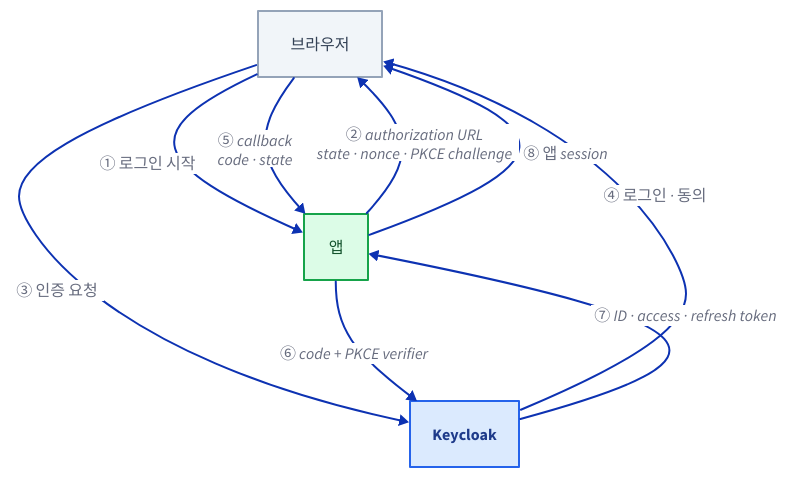
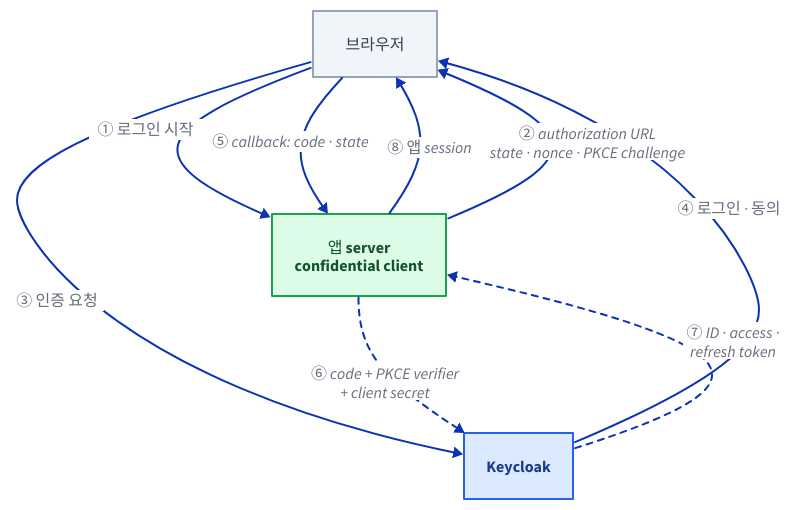
The first of 3 diagrams in src/content/docs/keycloak/oauth-oidc.mdx (mechurak/study-starlight), drawn with D2 before and after one commit. The commit also changed other lines of this file and 1 other file, not shown here.

First line of the commit message:
docs(keycloak): clarify OIDC flow participants and add SPA/BFF paths

````diff
--- a/src/content/docs/keycloak/oauth-oidc.mdx
+++ b/src/content/docs/keycloak/oauth-oidc.mdx
@@ -28,22 +28,26 @@
 ```d2 layout=elk pad=40 title="브라우저가 Keycloak에서 인증하고 앱이 code를 token으로 교환하는 Authorization Code와 PKCE 흐름"
 direction: down
 
 classes: {
   key: { style: { fill: "#dbeafe"; stroke: "#2563eb"; font-color: "#1e3a8a" } }
   ok: { style: { fill: "#dcfce7"; stroke: "#16a34a"; font-color: "#14532d" } }
   mute: { style: { fill: "#f1f5f9"; stroke: "#94a3b8"; font-color: "#334155" } }
 }
 
 browser: 브라우저 { class: mute }
-app: 앱 { class: ok }
+appsrv: "앱 server\nconfidential client" { class: ok }
 kc: Keycloak { class: key }
 
-browser -> app: ① 로그인 시작
-app -> browser: ② authorization URL\nstate · nonce · PKCE challenge
+appsrv -> browser: ⑧ 앱 session
+browser -> appsrv: ① 로그인 시작
+appsrv -> browser: ② authorization URL\nstate · nonce · PKCE challenge
 browser -> kc: ③ 인증 요청
 kc -> browser: ④ 로그인 · 동의
-browser -> app: ⑤ callback\ncode · state
-app -> kc: ⑥ code + PKCE verifier
-kc -> app: ⑦ ID · access · refresh token
-app -> browser: ⑧ 앱 session
+browser -> appsrv: "⑤ callback: code · state"
+appsrv -> kc: ⑥ code + PKCE verifier\n+ client secret {
+  style.stroke-dash: 3
+}
+kc -> appsrv: ⑦ ID · access ·\nrefresh token {
+  style.stroke-dash: 3
+}
 ```
````
